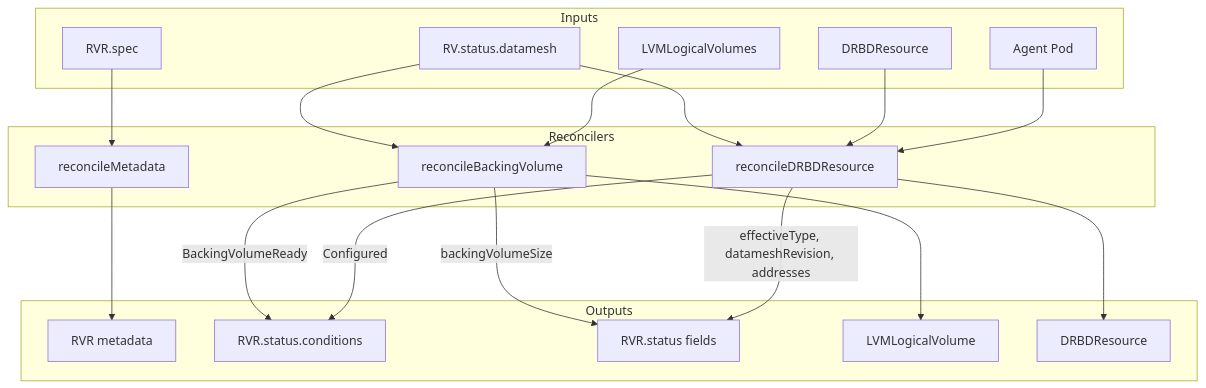
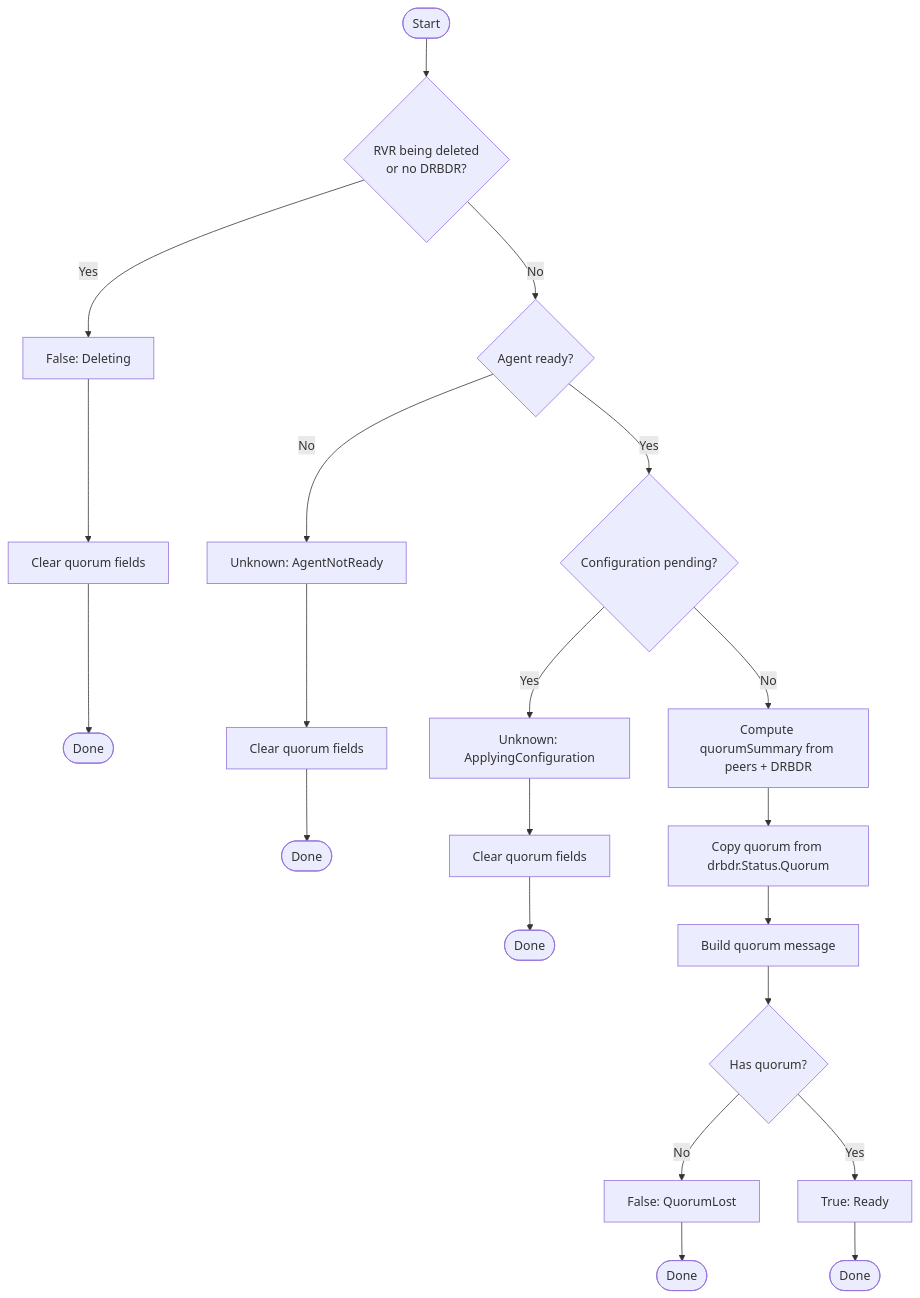
The ninth of 9 diagrams in images/controller/internal/controllers/rvr_controller/README.md (deckhouse/sds-replicated-volume), drawn with Mermaid before and after one commit. The commit also changed other lines of this file and 24 other files, not shown here.

First line of the commit message:
[controller] Implement RVR status reporting and eligible-node watches

````diff
--- a/images/controller/internal/controllers/rvr_controller/README.md
+++ b/images/controller/internal/controllers/rvr_controller/README.md
@@ -352,39 +836,28 @@
 ```mermaid
 flowchart TD
-    subgraph inputs [Inputs]
-        RVRSpec[RVR.spec]
-        RVStatus[RV.status.datamesh]
-        LLVs[LVMLogicalVolumes]
-        DRBDR[DRBDResource]
-        AgentPod[Agent Pod]
-    end
+    Start([Start]) --> CheckDelete{RVR being deleted<br/>or no DRBDR?}
+    CheckDelete -->|Yes| SetDeleting[False: Deleting]
+    SetDeleting --> ClearQuorum1[Clear quorum fields]
+    ClearQuorum1 --> End1([Done])
 
-    subgraph reconcilers [Reconcilers]
-        ReconcileMeta[reconcileMetadata]
-        ReconcileBV[reconcileBackingVolume]
-        ReconcileDRBD[reconcileDRBDResource]
-    end
+    CheckDelete -->|No| CheckAgent{Agent ready?}
+    CheckAgent -->|No| SetUnknown1[Unknown: AgentNotReady]
+    SetUnknown1 --> ClearQuorum2[Clear quorum fields]
+    ClearQuorum2 --> End2([Done])
 
-    subgraph outputs [Outputs]
-        RVRMeta[RVR metadata]
-        RVRStatusConds[RVR.status.conditions]
-        RVRStatusFields[RVR.status fields]
-        LLVManaged[LVMLogicalVolume]
-        DRBDRManaged[DRBDResource]
-    end
+    CheckAgent -->|Yes| CheckPending{Configuration pending?}
+    CheckPending -->|Yes| SetUnknown2[Unknown: ApplyingConfiguration]
+    SetUnknown2 --> ClearQuorum3[Clear quorum fields]
+    ClearQuorum3 --> End3([Done])
 
-    RVRSpec --> ReconcileMeta
-    RVStatus --> ReconcileBV
-    RVStatus --> ReconcileDRBD
-    LLVs --> ReconcileBV
-    DRBDR --> ReconcileDRBD
-    AgentPod --> ReconcileDRBD
+    CheckPending -->|No| ComputeSummary[Compute quorumSummary from peers + DRBDR]
+    ComputeSummary --> CopyQuorum[Copy quorum from drbdr.Status.Quorum]
+    CopyQuorum --> BuildMessage[Build quorum message]
+    BuildMessage --> CheckQuorum{Has quorum?}
 
-    ReconcileMeta --> RVRMeta
-    ReconcileBV --> LLVManaged
-    ReconcileBV -->|BackingVolumeReady| RVRStatusConds
-    ReconcileBV -->|backingVolumeSize| RVRStatusFields
-    ReconcileDRBD --> DRBDRManaged
-    ReconcileDRBD -->|Configured| RVRStatusConds
-    ReconcileDRBD -->|effectiveType, datameshRevision, addresses| RVRStatusFields
+    CheckQuorum -->|No| SetFalse[False: QuorumLost]
+    CheckQuorum -->|Yes| SetTrue[True: Ready]
+
+    SetFalse --> End4([Done])
+    SetTrue --> End5([Done])
 ```
````
